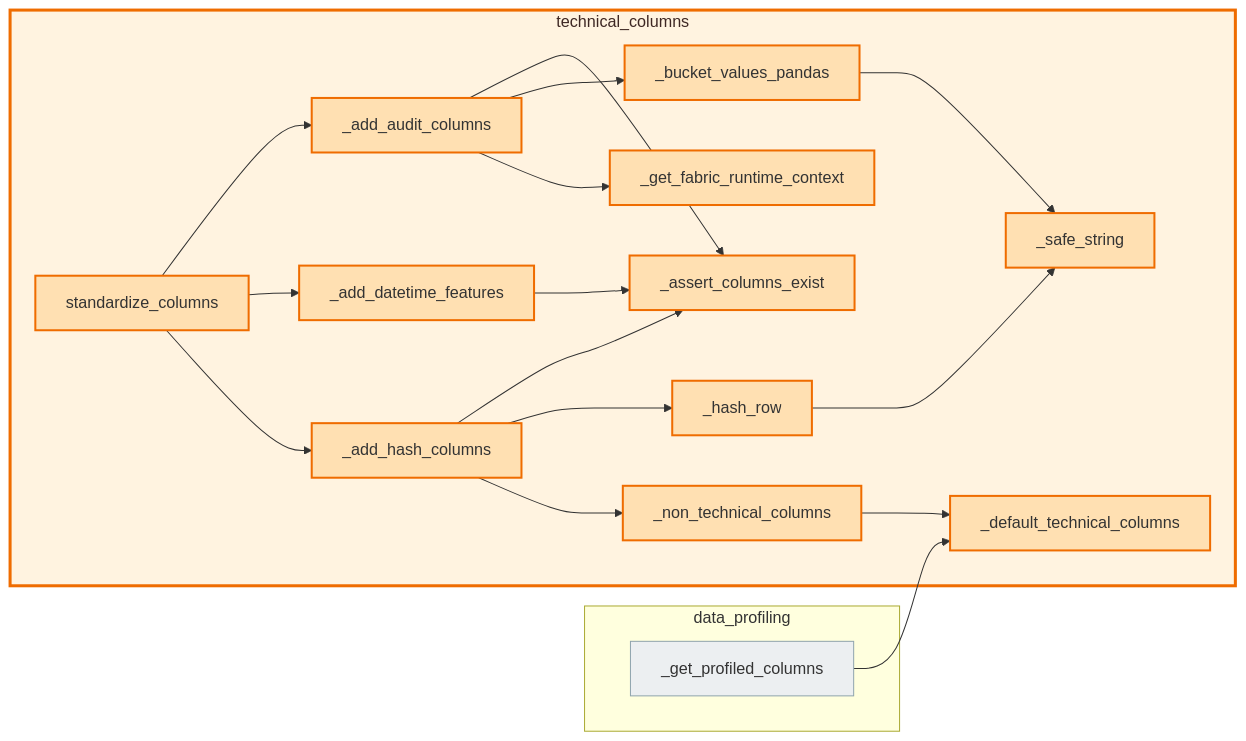
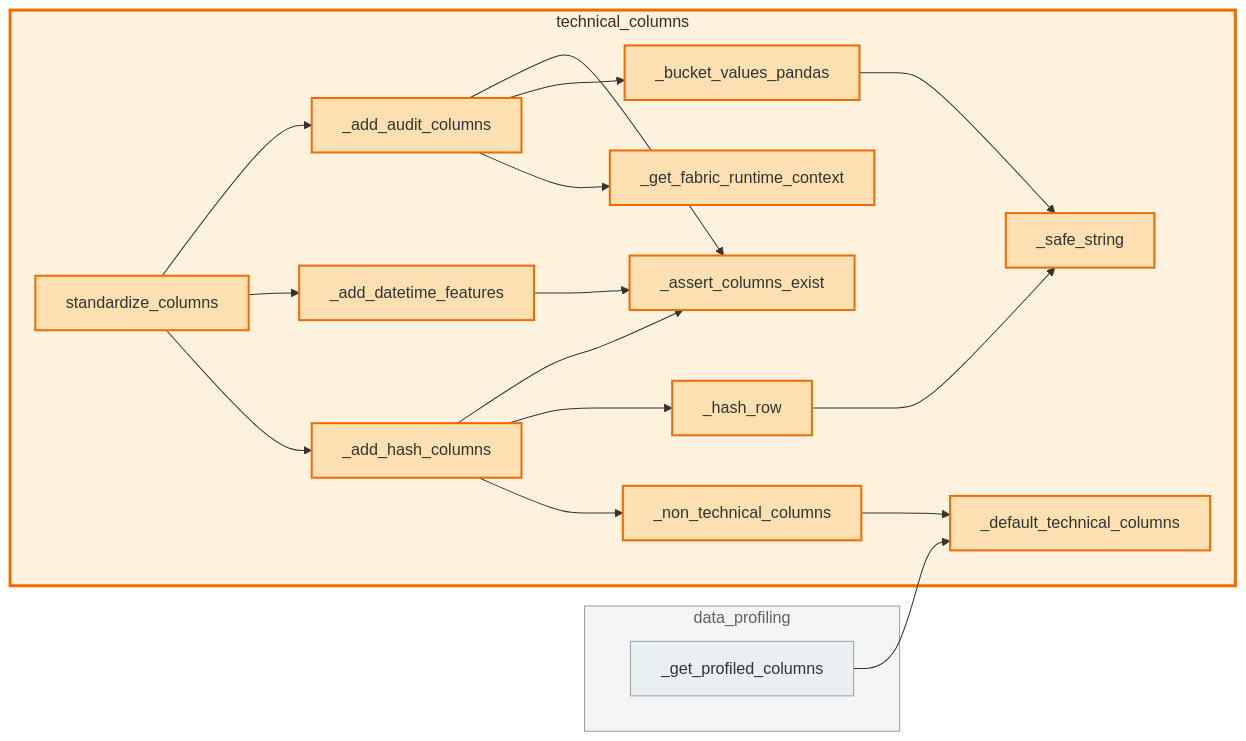
One commit to Voycepeh/FabricOps-Starter-Kit changed the diagram in docs/api/modules/technical_columns.md. Above: the diagram before and after it, drawn with Mermaid. The commit also changed other lines of this file and 14 other files, not shown here.

````diff
--- a/docs/api/modules/technical_columns.md
+++ b/docs/api/modules/technical_columns.md
@@ -106,40 +106,41 @@
 ```mermaid
 flowchart LR
   classDef currentModule fill:#fff3e0,stroke:#ef6c00,stroke-width:3px,color:#3e2723;
   classDef externalModule fill:#f5f5f5,stroke:#9e9e9e,stroke-width:1px,color:#616161;
   classDef currentCallable fill:#ffe0b2,stroke:#ef6c00,stroke-width:2px;
   classDef externalCallable fill:#eceff1,stroke:#90a4ae,stroke-width:1px;
   subgraph m_data_profiling[data_profiling]
     fabricops_kit_data_profiling__get_profiled_columns["_get_profiled_columns"]
   end
   subgraph m_technical_columns[technical_columns]
     fabricops_kit_technical_columns__add_audit_columns["_add_audit_columns"]
     fabricops_kit_technical_columns__add_datetime_features["_add_datetime_features"]
     fabricops_kit_technical_columns__add_hash_columns["_add_hash_columns"]
     fabricops_kit_technical_columns__assert_columns_exist["_assert_columns_exist"]
     fabricops_kit_technical_columns__bucket_values_pandas["_bucket_values_pandas"]
     fabricops_kit_technical_columns__default_technical_columns["_default_technical_columns"]
     fabricops_kit_technical_columns__get_fabric_runtime_context["_get_fabric_runtime_context"]
     fabricops_kit_technical_columns__hash_row["_hash_row"]
     fabricops_kit_technical_columns__non_technical_columns["_non_technical_columns"]
     fabricops_kit_technical_columns__safe_string["_safe_string"]
     fabricops_kit_technical_columns_standardize_columns["standardize_columns"]
   end
   fabricops_kit_data_profiling__get_profiled_columns --> fabricops_kit_technical_columns__default_technical_columns
   fabricops_kit_technical_columns__add_audit_columns --> fabricops_kit_technical_columns__assert_columns_exist
   fabricops_kit_technical_columns__add_audit_columns --> fabricops_kit_technical_columns__bucket_values_pandas
   fabricops_kit_technical_columns__add_audit_columns --> fabricops_kit_technical_columns__get_fabric_runtime_context
   fabricops_kit_technical_columns__add_datetime_features --> fabricops_kit_technical_columns__assert_columns_exist
   fabricops_kit_technical_columns__add_hash_columns --> fabricops_kit_technical_columns__assert_columns_exist
   fabricops_kit_technical_columns__add_hash_columns --> fabricops_kit_technical_columns__hash_row
   fabricops_kit_technical_columns__add_hash_columns --> fabricops_kit_technical_columns__non_technical_columns
   fabricops_kit_technical_columns__bucket_values_pandas --> fabricops_kit_technical_columns__safe_string
   fabricops_kit_technical_columns__hash_row --> fabricops_kit_technical_columns__safe_string
   fabricops_kit_technical_columns__non_technical_columns --> fabricops_kit_technical_columns__default_technical_columns
   fabricops_kit_technical_columns_standardize_columns --> fabricops_kit_technical_columns__add_audit_columns
   fabricops_kit_technical_columns_standardize_columns --> fabricops_kit_technical_columns__add_datetime_features
   fabricops_kit_technical_columns_standardize_columns --> fabricops_kit_technical_columns__add_hash_columns
   class m_technical_columns currentModule;
+  class m_data_profiling externalModule;
   class fabricops_kit_technical_columns__add_audit_columns,fabricops_kit_technical_columns__add_datetime_features,fabricops_kit_technical_columns__add_hash_columns,fabricops_kit_technical_columns__assert_columns_exist,fabricops_kit_technical_columns__bucket_values_pandas,fabricops_kit_technical_columns__default_technical_columns,fabricops_kit_technical_columns__get_fabric_runtime_context,fabricops_kit_technical_columns__hash_row,fabricops_kit_technical_columns__non_technical_columns,fabricops_kit_technical_columns__safe_string,fabricops_kit_technical_columns_standardize_columns currentCallable;
   class fabricops_kit_data_profiling__get_profiled_columns externalCallable;
 ```
````
